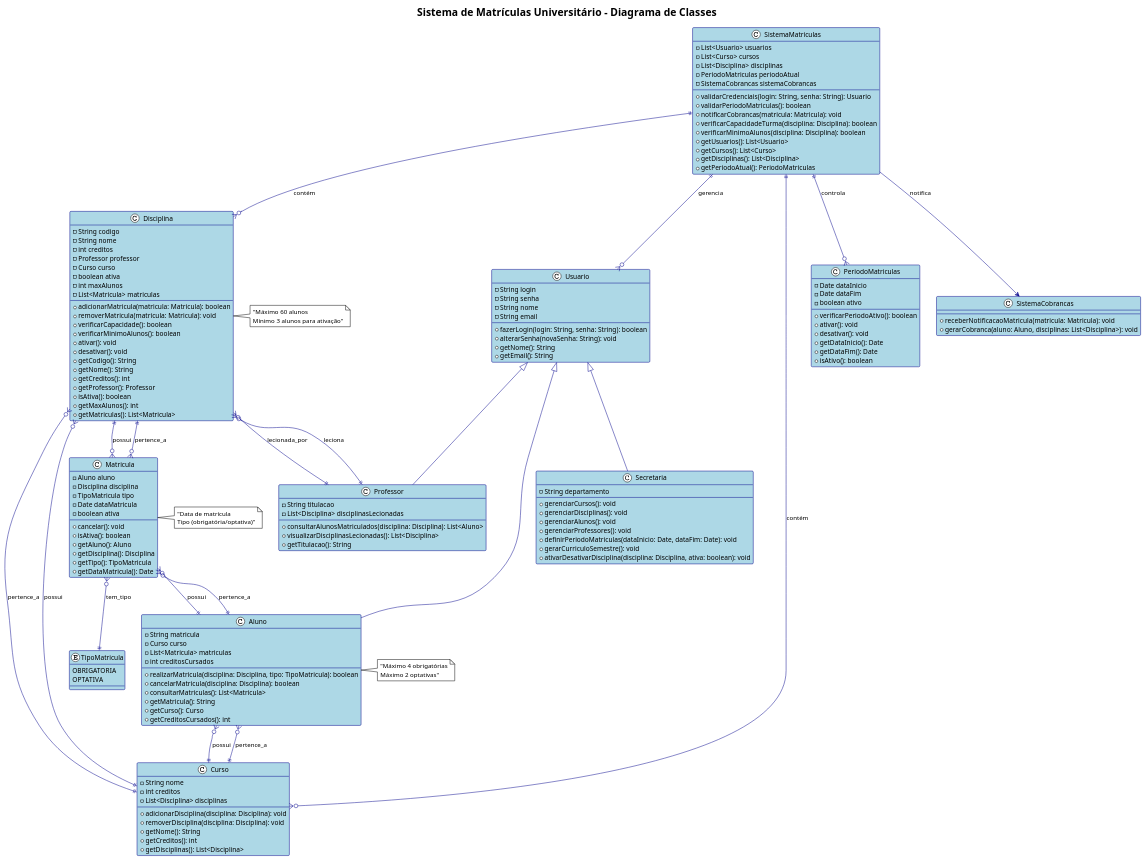
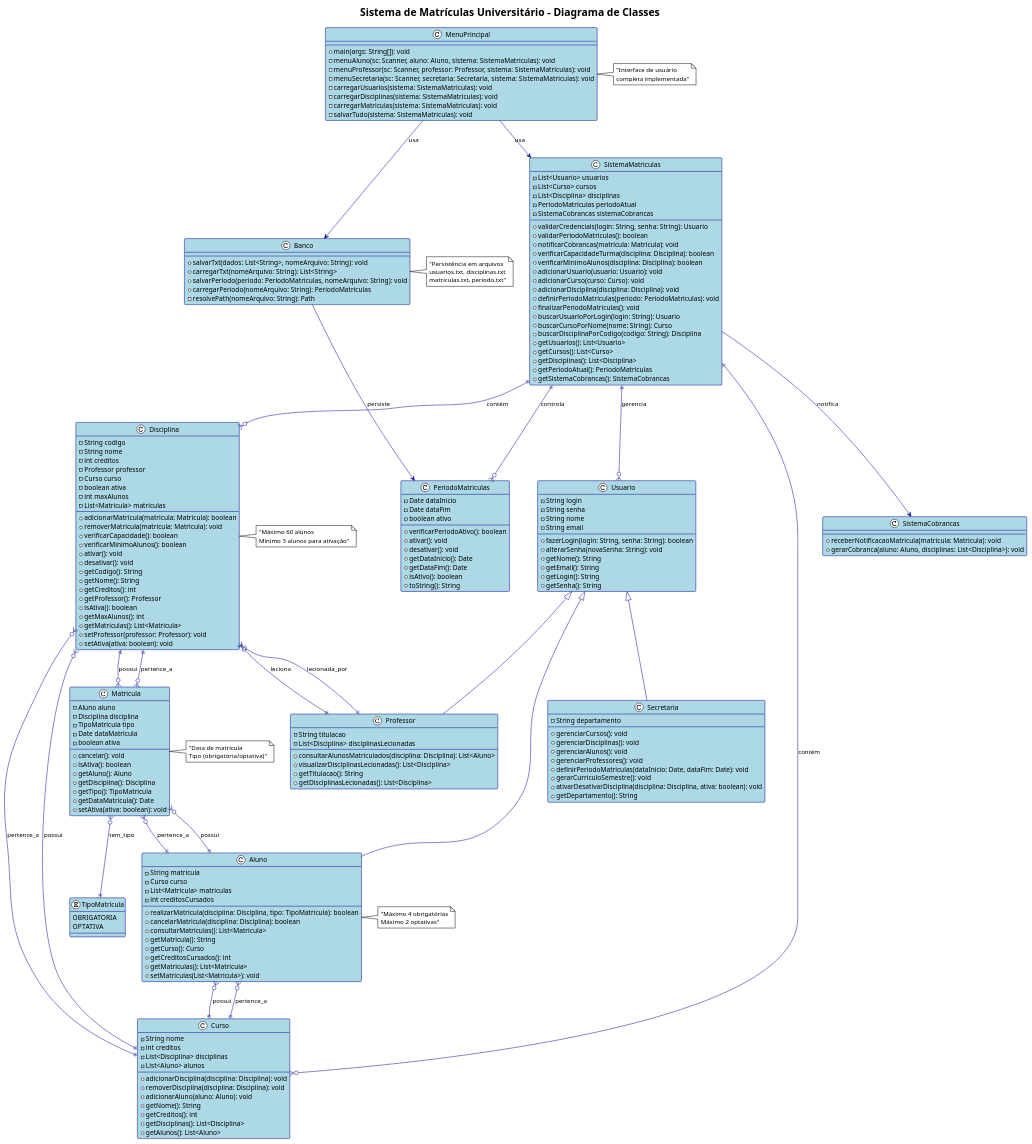
Before and after one commit to Saulin13/Laboratorio-de-Desenvolvimento-de-Software: the diagram in Projeto/Lab01/diagramaClasses.puml, drawn with PlantUML. The commit also changed 9 other files, not shown here.

```diff
--- a/Projeto/Lab01/diagramaClasses.puml
+++ b/Projeto/Lab01/diagramaClasses.puml
@@ -18,6 +18,8 @@
     +alterarSenha(novaSenha: String): void
     +getNome(): String
     +getEmail(): String
+    +getLogin(): String
+    +getSenha(): String
 }
 
 class Secretaria extends Usuario {
@@ -29,6 +31,7 @@
     +definirPeriodoMatriculas(dataInicio: Date, dataFim: Date): void
     +gerarCurriculoSemestre(): void
     +ativarDesativarDisciplina(disciplina: Disciplina, ativa: boolean): void
+    +getDepartamento(): String
 }
 
 class Aluno extends Usuario {
@@ -42,6 +45,8 @@
     +getMatricula(): String
     +getCurso(): Curso
     +getCreditosCursados(): int
+    +getMatriculas(): List<Matricula>
+    +setMatriculas(List<Matricula>): void
 }
 
 class Professor extends Usuario {
@@ -50,17 +55,21 @@
     +consultarAlunosMatriculados(disciplina: Disciplina): List<Aluno>
     +visualizarDisciplinasLecionadas(): List<Disciplina>
     +getTitulacao(): String
+    +getDisciplinasLecionadas(): List<Disciplina>
 }
 
 class Curso {
     -String nome
     -int creditos
     -List<Disciplina> disciplinas
+    -List<Aluno> alunos
     +adicionarDisciplina(disciplina: Disciplina): void
     +removerDisciplina(disciplina: Disciplina): void
+    +adicionarAluno(aluno: Aluno): void
     +getNome(): String
     +getCreditos(): int
     +getDisciplinas(): List<Disciplina>
+    +getAlunos(): List<Aluno>
 }
 
 class Disciplina {
@@ -85,6 +94,8 @@
     +isAtiva(): boolean
     +getMaxAlunos(): int
     +getMatriculas(): List<Matricula>
+    +setProfessor(professor: Professor): void
+    +setAtiva(ativa: boolean): void
 }
 
 class Matricula {
@@ -99,6 +110,7 @@
     +getDisciplina(): Disciplina
     +getTipo(): TipoMatricula
     +getDataMatricula(): Date
+    +setAtiva(ativa: boolean): void
 }
 
 enum TipoMatricula {
@@ -116,6 +128,7 @@
     +getDataInicio(): Date
     +getDataFim(): Date
     +isAtivo(): boolean
+    +toString(): String
 }
 
 class SistemaMatriculas {
@@ -129,10 +142,19 @@
     +notificarCobrancas(matricula: Matricula): void
     +verificarCapacidadeTurma(disciplina: Disciplina): boolean
     +verificarMinimoAlunos(disciplina: Disciplina): boolean
+    +adicionarUsuario(usuario: Usuario): void
+    +adicionarCurso(curso: Curso): void
+    +adicionarDisciplina(disciplina: Disciplina): void
+    +definirPeriodoMatriculas(periodo: PeriodoMatriculas): void
+    +finalizarPeriodoMatriculas(): void
+    +buscarUsuarioPorLogin(login: String): Usuario
+    +buscarCursoPorNome(nome: String): Curso
+    +buscarDisciplinaPorCodigo(codigo: String): Disciplina
     +getUsuarios(): List<Usuario>
     +getCursos(): List<Curso>
     +getDisciplinas(): List<Disciplina>
     +getPeriodoAtual(): PeriodoMatriculas
+    +getSistemaCobrancas(): SistemaCobrancas
 }
 
 class SistemaCobrancas {
@@ -140,12 +162,36 @@
     +gerarCobranca(aluno: Aluno, disciplinas: List<Disciplina>): void
 }
 
+class Banco {
+    +salvarTxt(dados: List<String>, nomeArquivo: String): void
+    +carregarTxt(nomeArquivo: String): List<String>
+    +salvarPeriodo(periodo: PeriodoMatriculas, nomeArquivo: String): void
+    +carregarPeriodo(nomeArquivo: String): PeriodoMatriculas
+    -resolvePath(nomeArquivo: String): Path
+}
+
+class MenuPrincipal {
+    +main(args: String[]): void
+    -menuAluno(sc: Scanner, aluno: Aluno, sistema: SistemaMatriculas): void
+    -menuProfessor(sc: Scanner, professor: Professor, sistema: SistemaMatriculas): void
+    -menuSecretaria(sc: Scanner, secretaria: Secretaria, sistema: SistemaMatriculas): void
+    -carregarUsuarios(sistema: SistemaMatriculas): void
+    -carregarDisciplinas(sistema: SistemaMatriculas): void
+    -carregarMatriculas(sistema: SistemaMatriculas): void
+    -salvarTudo(sistema: SistemaMatriculas): void
+}
+
 ' Relacionamentos
+MenuPrincipal --> SistemaMatriculas : usa
+MenuPrincipal --> Banco : usa
+
 SistemaMatriculas ||--o{ Usuario : gerencia
 SistemaMatriculas ||--o{ Curso : contém
 SistemaMatriculas ||--o{ Disciplina : contém
 SistemaMatriculas ||--o{ PeriodoMatriculas : controla
 SistemaMatriculas --> SistemaCobrancas : notifica
+
+Banco --> PeriodoMatriculas : persiste
 
 Curso ||--o{ Disciplina : possui
 Curso ||--o{ Aluno : possui
@@ -167,5 +213,7 @@
 note right of Disciplina : "Máximo 60 alunos\nMínimo 3 alunos para ativação"
 note right of Aluno : "Máximo 4 obrigatórias\nMáximo 2 optativas"
 note right of Matricula : "Data de matrícula\nTipo (obrigatória/optativa)"
+note right of Banco : "Persistência em arquivos\nusuarios.txt, disciplinas.txt\nmatriculas.txt, periodo.txt"
+note right of MenuPrincipal : "Interface de usuário\ncompleta implementada"
 
 @enduml
```
